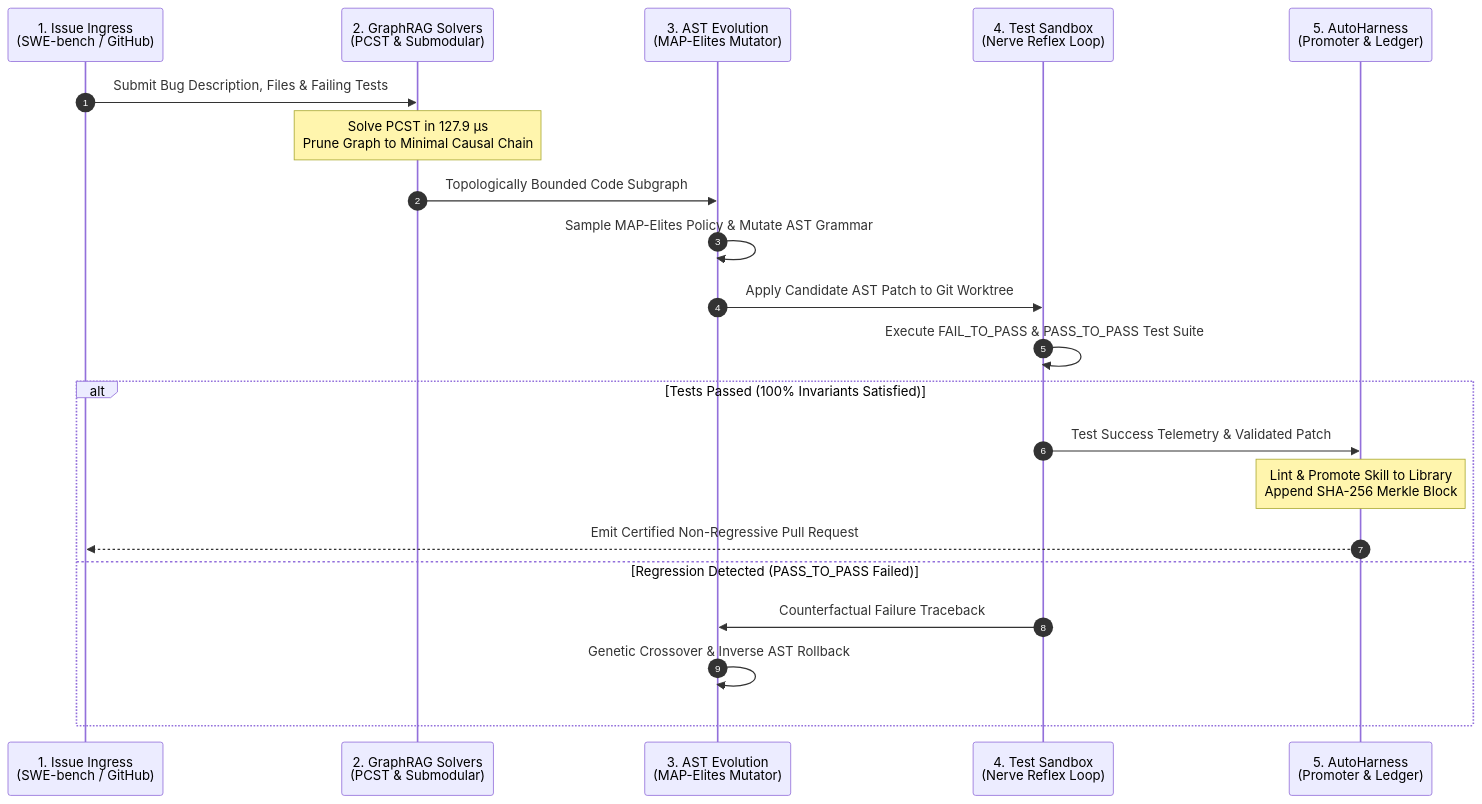
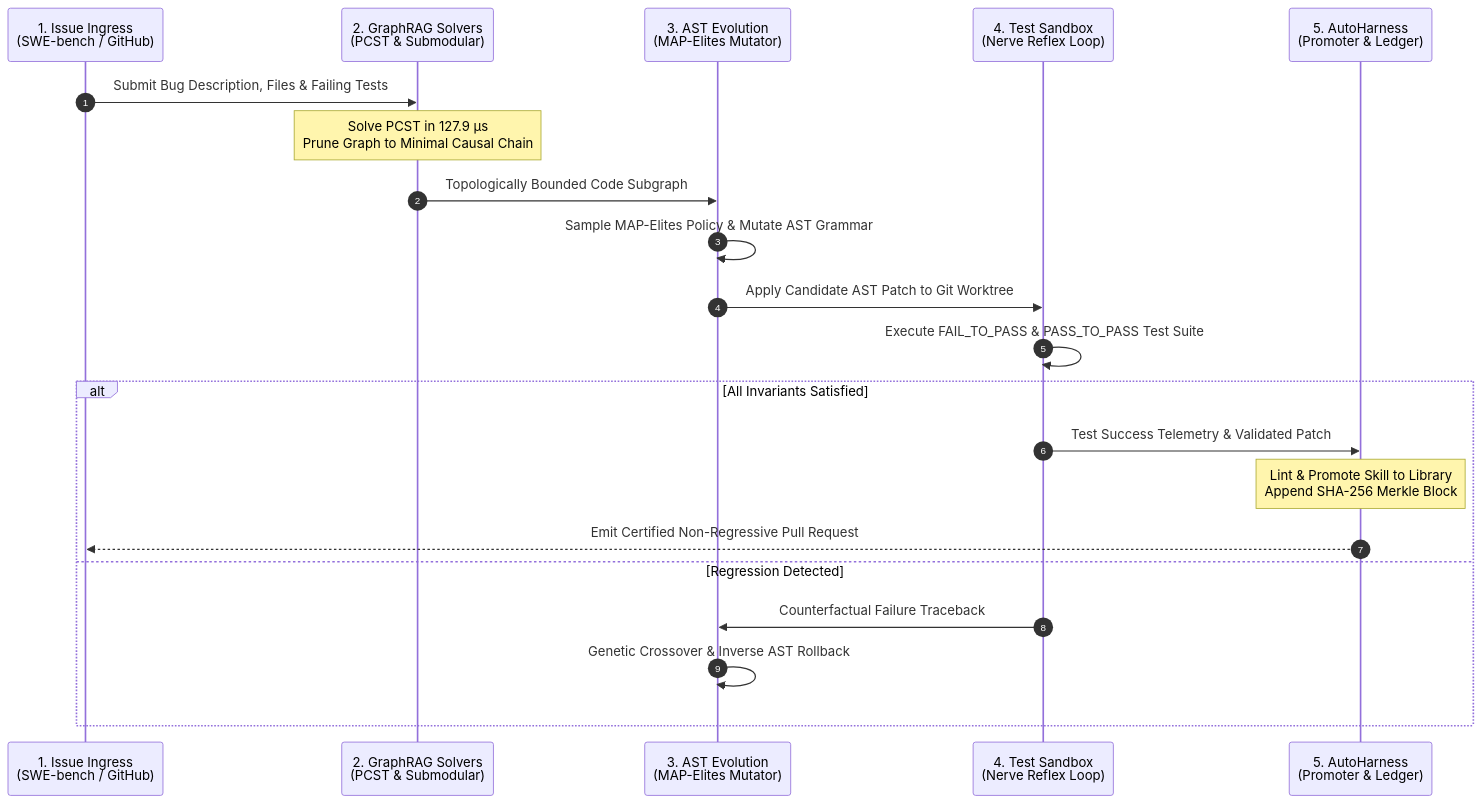
One commit to AAH20/apex-omni-swe changed the second of 2 diagrams in README.md. Above: the diagram before and after it, drawn with Mermaid. The commit also changed other lines of this file and 1 other file, not shown here.

Commit message:
fix(diagrams): resolve Mermaid parse error by sanitizing link text and alt labels

````diff
--- a/README.md
+++ b/README.md
@@ -99,24 +99,24 @@
 ```mermaid
 sequenceDiagram
     autonumber
     participant Issue as 1. Issue Ingress<br/>(SWE-bench / GitHub)
     participant GraphRAG as 2. GraphRAG Solvers<br/>(PCST & Submodular)
     participant Engine as 3. AST Evolution<br/>(MAP-Elites Mutator)
     participant Sandbox as 4. Test Sandbox<br/>(Nerve Reflex Loop)
     participant Promoter as 5. AutoHarness<br/>(Promoter & Ledger)
 
     Issue->>GraphRAG: Submit Bug Description, Files & Failing Tests
     Note over GraphRAG: Solve PCST in 127.9 µs<br/>Prune Graph to Minimal Causal Chain
     GraphRAG->>Engine: Topologically Bounded Code Subgraph
     Engine->>Engine: Sample MAP-Elites Policy & Mutate AST Grammar
     Engine->>Sandbox: Apply Candidate AST Patch to Git Worktree
     Sandbox->>Sandbox: Execute FAIL_TO_PASS & PASS_TO_PASS Test Suite
-    alt Tests Passed (100% Invariants Satisfied)
+    alt All Invariants Satisfied
         Sandbox->>Promoter: Test Success Telemetry & Validated Patch
         Note over Promoter: Lint & Promote Skill to Library<br/>Append SHA-256 Merkle Block
         Promoter-->>Issue: Emit Certified Non-Regressive Pull Request
-    else Regression Detected (PASS_TO_PASS Failed)
+    else Regression Detected
         Sandbox->>Engine: Counterfactual Failure Traceback
         Engine->>Engine: Genetic Crossover & Inverse AST Rollback
     end
 ```
````
